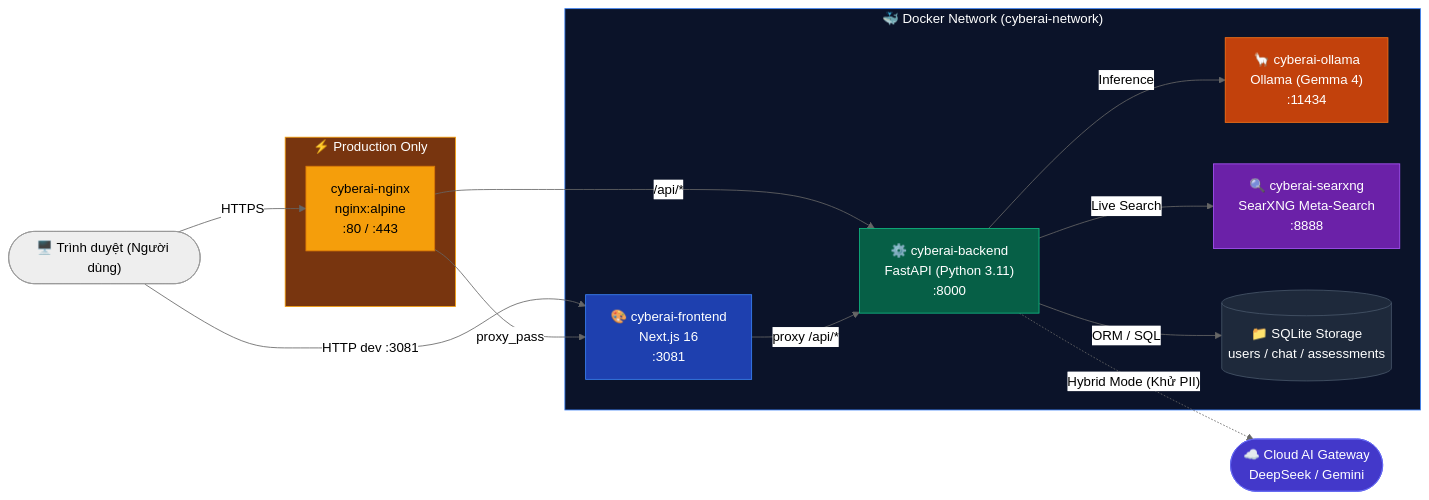
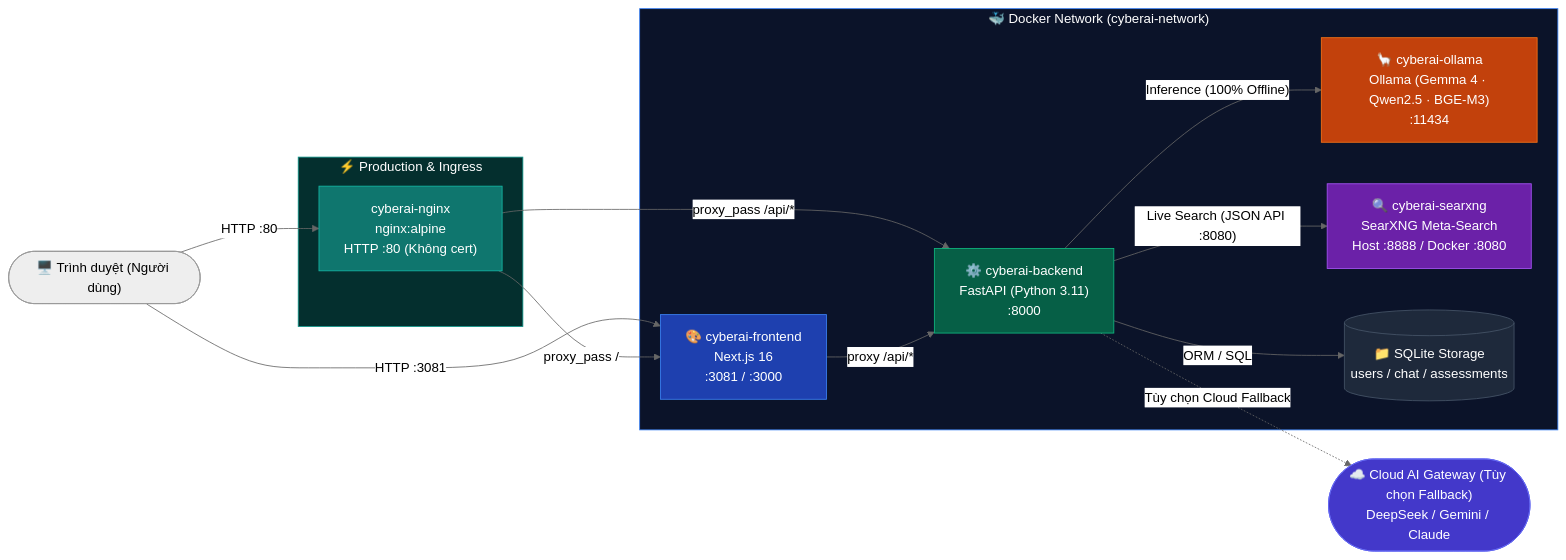
Before and after one commit to NghiaDinh03/CyberAI-Assessment-project: the first of 8 diagrams in docs/vi/architecture.md, drawn with Mermaid (neutral theme). The commit also changed other lines of this file and 94 other files, not shown here.

Commit message:
feat(pipeline): standardize unified assessment schema, runtime audit telemetry, masked evidence manifests, and artifact consistency validation

````diff
--- a/docs/vi/architecture.md
+++ b/docs/vi/architecture.md
@@ -46,38 +46,38 @@
 ```mermaid
 flowchart LR
     Browser(["🖥️ Trình duyệt (Người dùng)"])
 
-    subgraph PROD["⚡ Production Only"]
-        Nginx["cyberai-nginx\nnginx:alpine\n:80 / :443"]
+    subgraph PROD["⚡ Production & Ingress"]
+        Nginx["cyberai-nginx\nnginx:alpine\nHTTP :80 (Không cert)"]
     end
 
     subgraph DOCKER["🐳 Docker Network (cyberai-network)"]
-        Frontend["🎨 cyberai-frontend\nNext.js 16\n:3081"]
+        Frontend["🎨 cyberai-frontend\nNext.js 16\n:3081 / :3000"]
         Backend["⚙️ cyberai-backend\nFastAPI (Python 3.11)\n:8000"]
-        Ollama["🦙 cyberai-ollama\nOllama (Gemma 4)\n:11434"]
-        SearX["🔍 cyberai-searxng\nSearXNG Meta-Search\n:8888"]
+        Ollama["🦙 cyberai-ollama\nOllama (Gemma 4 · Qwen2.5 · BGE-M3)\n:11434"]
+        SearX["🔍 cyberai-searxng\nSearXNG Meta-Search\nHost :8888 / Docker :8080"]
         DB[(📁 SQLite Storage\nusers / chat / assessments)]
     end
 
-    Cloud(["☁️ Cloud AI Gateway\nDeepSeek / Gemini"])
+    Cloud(["☁️ Cloud AI Gateway (Tùy chọn Fallback)\nDeepSeek / Gemini / Claude"])
 
-    Browser -- "HTTPS" --> Nginx
-    Browser -- "HTTP dev :3081" --> Frontend
-    Nginx -- "proxy_pass" --> Frontend
-    Nginx -- "/api/*" --> Backend
+    Browser -- "HTTP :80" --> Nginx
+    Browser -- "HTTP :3081" --> Frontend
+    Nginx -- "proxy_pass /" --> Frontend
+    Nginx -- "proxy_pass /api/*" --> Backend
     Frontend -- "proxy /api/*" --> Backend
-    Backend -- "Inference" --> Ollama
-    Backend -- "Live Search" --> SearX
+    Backend -- "Inference (100% Offline)" --> Ollama
+    Backend -- "Live Search (JSON API :8080)" --> SearX
     Backend -- "ORM / SQL" --> DB
-    Backend -. "Hybrid Mode (Khử PII)" .-> Cloud
+    Backend -. "Tùy chọn Cloud Fallback" .-> Cloud
 
-    style Nginx fill:#f59e0b,stroke:#d97706,color:#000
+    style Nginx fill:#0f766e,stroke:#14b8a6,color:#fff
     style Frontend fill:#1e40af,stroke:#3b82f6,color:#fff
     style Backend fill:#065f46,stroke:#10b981,color:#fff
     style Ollama fill:#c2410c,stroke:#f97316,color:#fff
     style SearX fill:#6b21a8,stroke:#a855f7,color:#fff
     style DB fill:#1e293b,stroke:#475569,color:#fff
     style Cloud fill:#4338ca,stroke:#6366f1,color:#fff
-    style PROD fill:#78350f,stroke:#f59e0b,color:#fff
+    style PROD fill:#042f2e,stroke:#0d9488,color:#fff
     style DOCKER fill:#0b1329,stroke:#3b82f6,color:#fff
 ```
````
